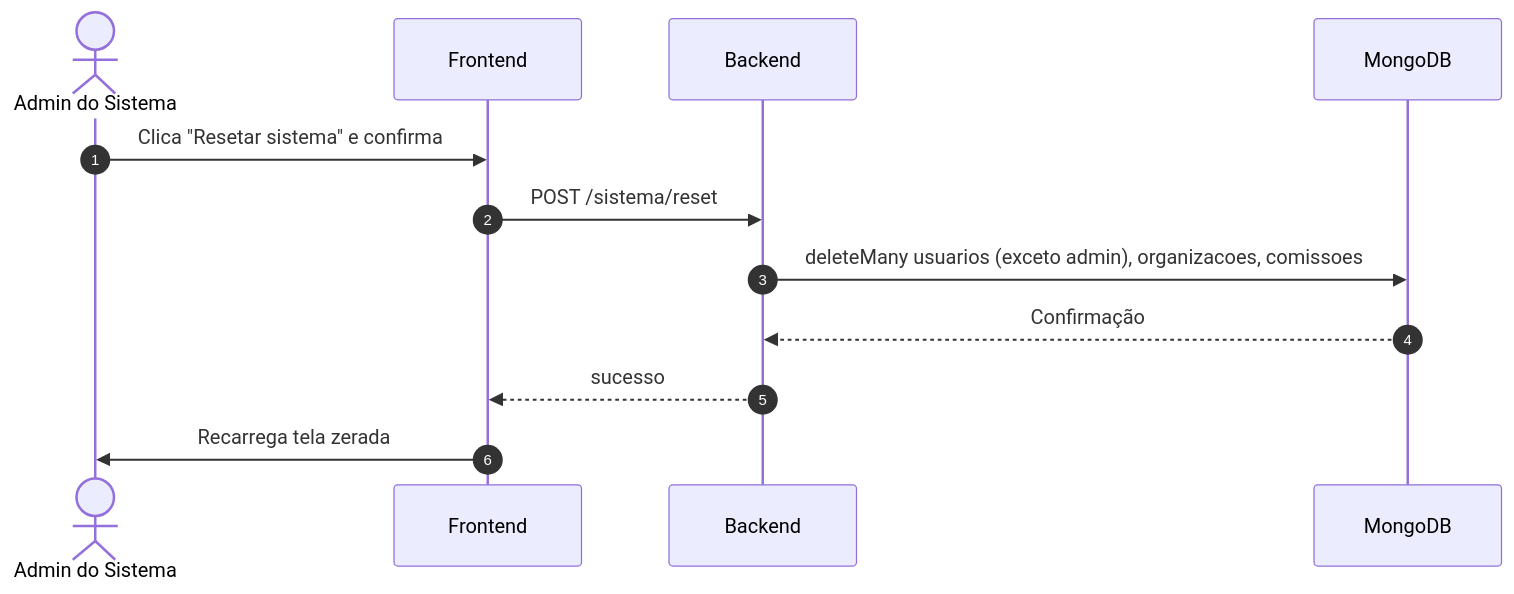
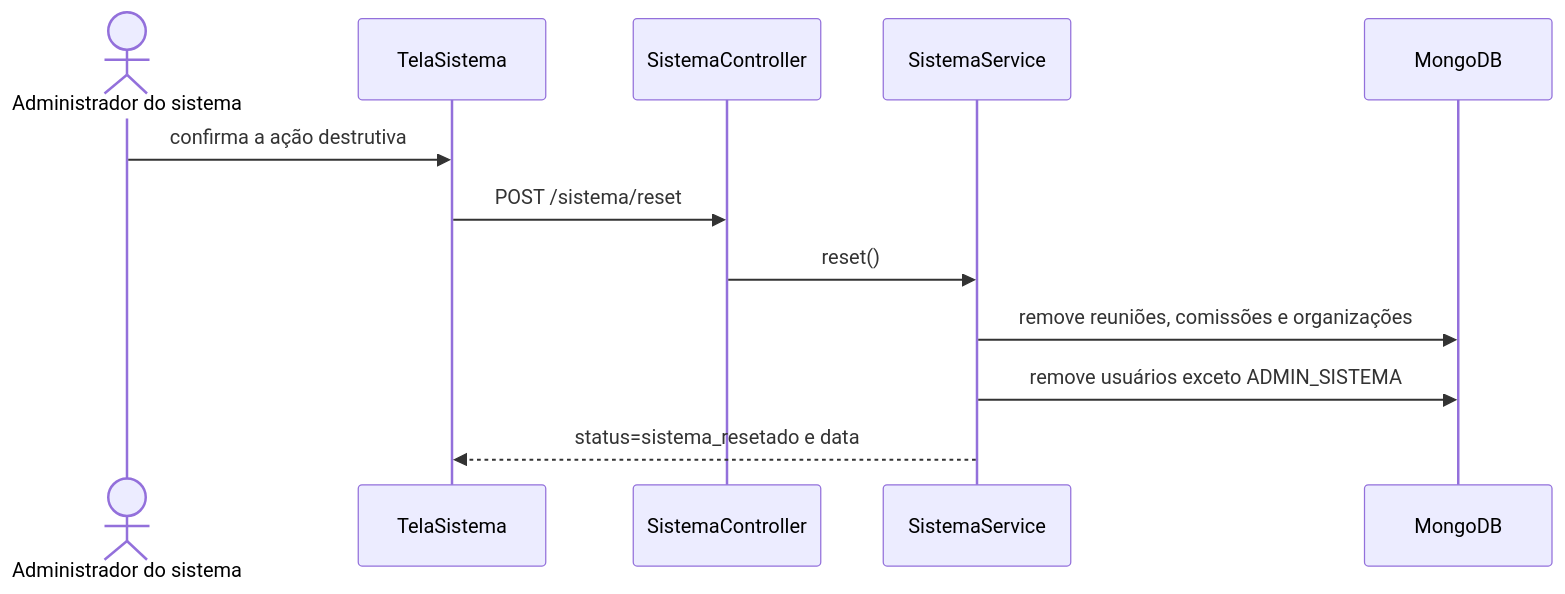
The fourth of 4 diagrams in 2 - Incremento1/informacao-sistemas/6 - diagramas-sequencia-sistema.md (Conecta-IFSP/DOCUMENTATION), drawn with Mermaid before and after one commit. The commit also changed other lines of this file and 43 other files, not shown here.

````diff
--- a/2 - Incremento1/informacao-sistemas/6 - diagramas-sequencia-sistema.md
+++ b/2 - Incremento1/informacao-sistemas/6 - diagramas-sequencia-sistema.md
@@ -60,15 +56,14 @@
 ```mermaid
 sequenceDiagram
-    autonumber
-    actor Admin as Admin do Sistema
-    participant Front as Frontend
-    participant API as Backend
+    actor A as Administrador do sistema
+    participant T as TelaSistema
+    participant C as SistemaController
+    participant S as SistemaService
     participant DB as MongoDB
-
-    Admin->>Front: Clica "Resetar sistema" e confirma
-    Front->>API: POST /sistema/reset
-    API->>DB: deleteMany usuarios (exceto admin), organizacoes, comissoes
-    DB-->>API: Confirmação
-    API-->>Front: sucesso
-    Front->>Admin: Recarrega tela zerada
+    A->>T: confirma a ação destrutiva
+    T->>C: POST /sistema/reset
+    C->>S: reset()
+    S->>DB: remove reuniões, comissões e organizações
+    S->>DB: remove usuários exceto ADMIN_SISTEMA
+    S-->>T: status=sistema_resetado e data
 ```
````
